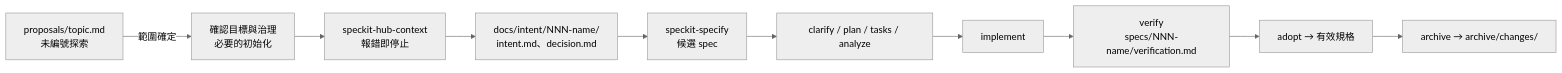
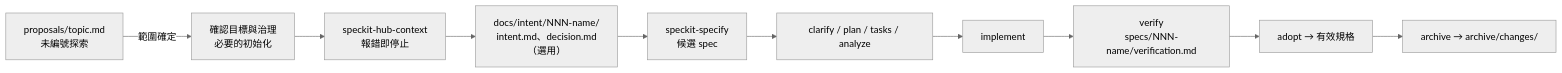
The second of 4 diagrams in docs/developer-guide/development-workflows.md (saintber/Saintber.Forge), drawn with Mermaid (neutral theme) before and after one commit. The commit also changed other lines of this file and 52 other files, not shown here.

````diff
--- a/docs/developer-guide/development-workflows.md
+++ b/docs/developer-guide/development-workflows.md
@@ -149,12 +162,12 @@
 ```mermaid
 flowchart LR
     P["proposals/topic.md<br/>未編號探索"] -->|範圍確定| G["確認目標與治理<br/>必要的初始化"]
     G --> CX["speckit-hub-context<br/>報錯即停止"]
-    CX --> I["docs/intent/NNN-name/<br/>intent.md、decision.md"]
+    CX --> I["docs/intent/NNN-name/<br/>intent.md、decision.md<br/>（選用）"]
     I --> S["speckit-specify<br/>候選 spec"]
     S --> PL[clarify / plan / tasks / analyze]
     PL --> IM[implement]
     IM --> V["verify<br/>specs/NNN-name/verification.md"]
     V --> AD[adopt → 有效規格]
     AD --> AR[archive → archive/changes/]
 ```
````
